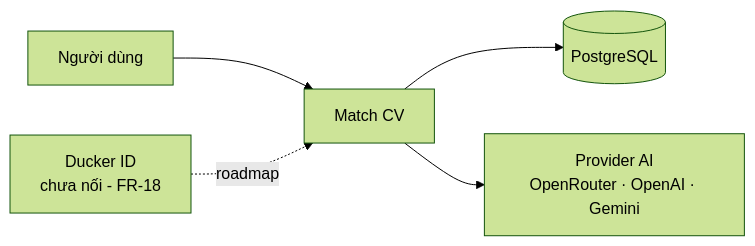
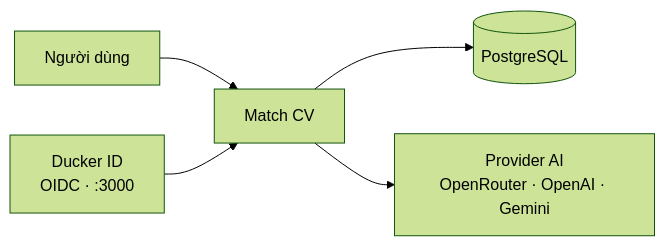
The first of 2 diagrams in docs/03-design/architecture.md (LeVanAnhDuc/web-app-match-cv), drawn with Mermaid (forest theme) before and after one commit. The commit also changed other lines of this file and 8 other files, not shown here.

````diff
--- a/docs/03-design/architecture.md
+++ b/docs/03-design/architecture.md
@@ -17,7 +17,7 @@
 ```mermaid
 graph LR
   User[Người dùng] --> App[Match CV]
   App --> DB[(PostgreSQL)]
   App --> AI[Provider AI<br/>OpenRouter · OpenAI · Gemini]
-  IdP[Ducker ID<br/>chưa nối - FR-18] -. roadmap .-> App
+  IdP[Ducker ID<br/>OIDC · :3000] --> App
 ```
````
